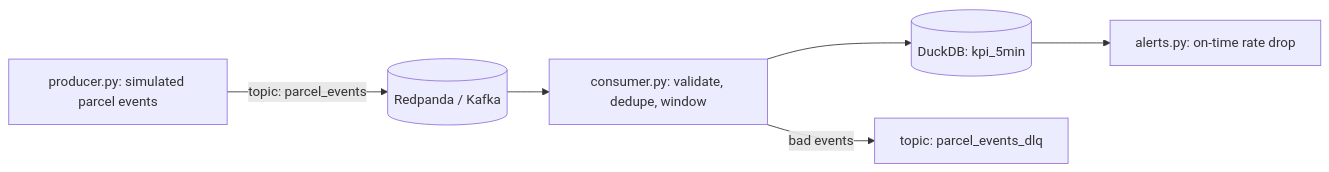
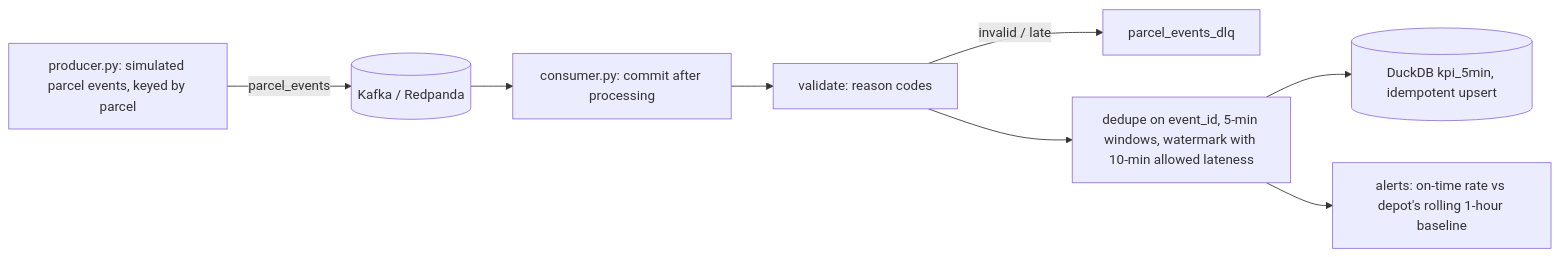
Before and after one commit to Saigwe/kafka-streaming-pipeline: the diagram in README.md, drawn with Mermaid. The commit also changed other lines of this file and 12 other files, not shown here.

Commit message:
Implement streaming processor, watermarked windows, DLQ, alerts and Kafka wrappers

````diff
--- a/README.md
+++ b/README.md
@@ -12,8 +8,10 @@
 ```mermaid
 flowchart LR
-    P[producer.py: simulated parcel events] -->|topic: parcel_events| K[(Redpanda / Kafka)]
-    K --> C[consumer.py: validate, dedupe, window]
-    C --> D[(DuckDB: kpi_5min)]
-    C -->|bad events| DLQ[topic: parcel_events_dlq]
-    D --> A[alerts.py: on-time rate drop]
+    P[producer.py: simulated parcel events, keyed by parcel] -->|parcel_events| K[(Kafka / Redpanda)]
+    K --> C[consumer.py: commit after processing]
+    C --> V[validate: reason codes]
+    V -->|invalid / late| DLQ[parcel_events_dlq]
+    V --> W[dedupe on event_id, 5-min windows, watermark with 10-min allowed lateness]
+    W --> S[(DuckDB kpi_5min, idempotent upsert)]
+    W --> A[alerts: on-time rate vs depot's rolling 1-hour baseline]
 ```
````
